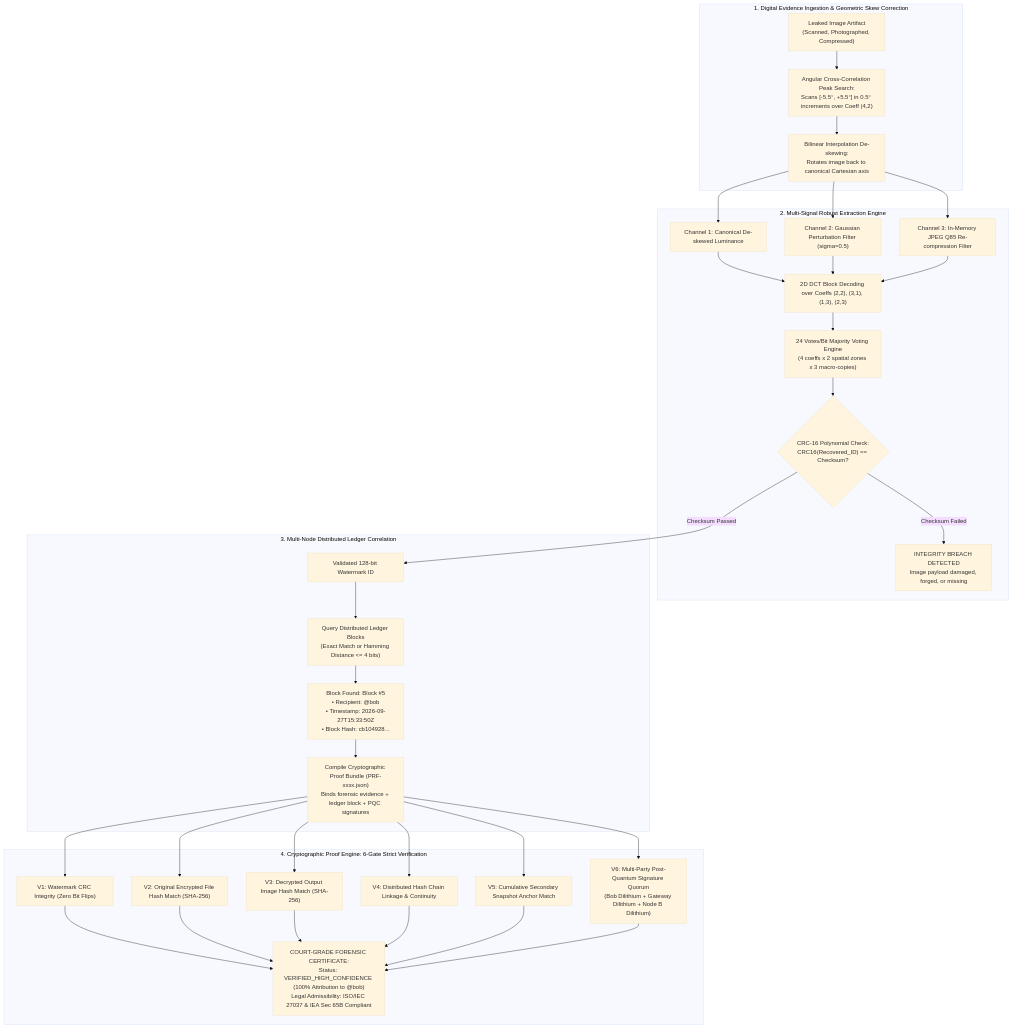
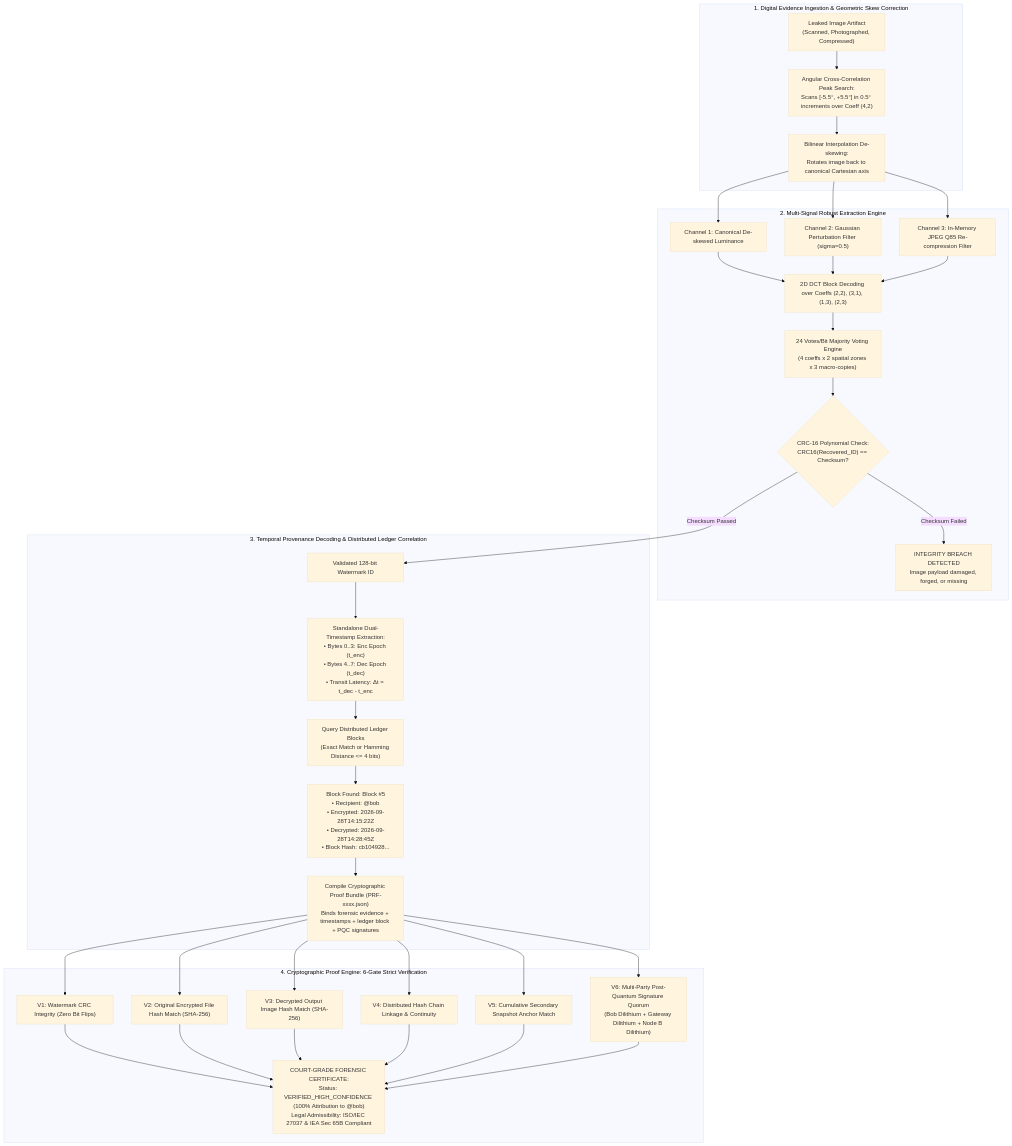
One commit to SuyashGargote/SANKET changed the sixth of 7 diagrams in README.md. Above: the diagram before and after it, drawn with Mermaid (base theme). The commit also changed other lines of this file and 12 other files, not shown here.

Commit message:
feat(watermark): add dual-timestamp embedding, temporal provenance tracking, and architecture documentation

````diff
--- a/README.md
+++ b/README.md
@@ -480,35 +488,36 @@
 ```mermaid
 flowchart TD
     subgraph EvidenceAcquisition ["1. Digital Evidence Ingestion & Geometric Skew Correction"]
         LEAK["Leaked Image Artifact<br/>(Scanned, Photographed, Compressed)"] --> SKEW_SEARCH["Angular Cross-Correlation Peak Search:<br/>Scans [-5.5°, +5.5°] in 0.5° increments over Coeff (4,2)"]
         SKEW_SEARCH --> DESKEW["Bilinear Interpolation De-skewing:<br/>Rotates image back to canonical Cartesian axis"]
     end
 
     subgraph ExtractionEngine ["2. Multi-Signal Robust Extraction Engine"]
         DESKEW --> CHAN_ORIG["Channel 1: Canonical De-skewed Luminance"]
         DESKEW --> CHAN_BLUR["Channel 2: Gaussian Perturbation Filter (sigma=0.5)"]
         DESKEW --> CHAN_JPEG["Channel 3: In-Memory JPEG Q85 Re-compression Filter"]
         CHAN_ORIG & CHAN_BLUR & CHAN_JPEG --> DCT_DECODE["2D DCT Block Decoding over Coeffs (2,2), (3,1), (1,3), (2,3)"]
         DCT_DECODE --> VOTE["24 Votes/Bit Majority Voting Engine<br/>(4 coeffs x 2 spatial zones x 3 macro-copies)"]
         VOTE --> CRC_CHECK{"CRC-16 Polynomial Check:<br/>CRC16(Recovered_ID) == Checksum?"}
         CRC_CHECK -->|"Checksum Failed"| REJECT_TAMPER["INTEGRITY BREACH DETECTED<br/>Image payload damaged, forged, or missing"]
     end
 
-    subgraph LedgerCorrelation ["3. Multi-Node Distributed Ledger Correlation"]
+    subgraph LedgerCorrelation ["3. Temporal Provenance Decoding & Distributed Ledger Correlation"]
         CRC_CHECK -->|"Checksum Passed"| WM_ID["Validated 128-bit Watermark ID"]
-        WM_ID --> QUERY["Query Distributed Ledger Blocks<br/>(Exact Match or Hamming Distance <= 4 bits)"]
-        QUERY --> BLOCK_MATCH["Block Found: Block #5<br/>• Recipient: @bob<br/>• Timestamp: 2026-09-27T15:33:50Z<br/>• Block Hash: cb104928..."]
-        BLOCK_MATCH --> BUNDLE_GEN["Compile Cryptographic Proof Bundle (PRF-xxxx.json)<br/>Binds forensic evidence + ledger block + PQC signatures"]
+        WM_ID --> OFFLINE_TS["Standalone Dual-Timestamp Extraction:<br/>• Bytes 0..3: Enc Epoch (t_enc)<br/>• Bytes 4..7: Dec Epoch (t_dec)<br/>• Transit Latency: Δt = t_dec - t_enc"]
+        OFFLINE_TS --> QUERY["Query Distributed Ledger Blocks<br/>(Exact Match or Hamming Distance <= 4 bits)"]
+        QUERY --> BLOCK_MATCH["Block Found: Block #5<br/>• Recipient: @bob<br/>• Encrypted: 2026-09-28T14:15:22Z<br/>• Decrypted: 2026-09-28T14:28:45Z<br/>• Block Hash: cb104928..."]
+        BLOCK_MATCH --> BUNDLE_GEN["Compile Cryptographic Proof Bundle (PRF-xxxx.json)<br/>Binds forensic evidence + timestamps + ledger block + PQC signatures"]
     end
 
     subgraph SixGateVerification ["4. Cryptographic Proof Engine: 6-Gate Strict Verification"]
         BUNDLE_GEN --> V1["V1: Watermark CRC Integrity (Zero Bit Flips)"]
         BUNDLE_GEN --> V2["V2: Original Encrypted File Hash Match (SHA-256)"]
         BUNDLE_GEN --> V3["V3: Decrypted Output Image Hash Match (SHA-256)"]
         BUNDLE_GEN --> V4["V4: Distributed Hash Chain Linkage & Continuity"]
         BUNDLE_GEN --> V5["V5: Cumulative Secondary Snapshot Anchor Match"]
         BUNDLE_GEN --> V6["V6: Multi-Party Post-Quantum Signature Quorum<br/>(Bob Dilithium + Gateway Dilithium + Node B Dilithium)"]
 
         V1 & V2 & V3 & V4 & V5 & V6 --> COURT["COURT-GRADE FORENSIC CERTIFICATE:<br/>Status: VERIFIED_HIGH_CONFIDENCE (100% Attribution to @bob)<br/>Legal Admissibility: ISO/IEC 27037 & IEA Sec 65B Compliant"]
     end
 ```
````
